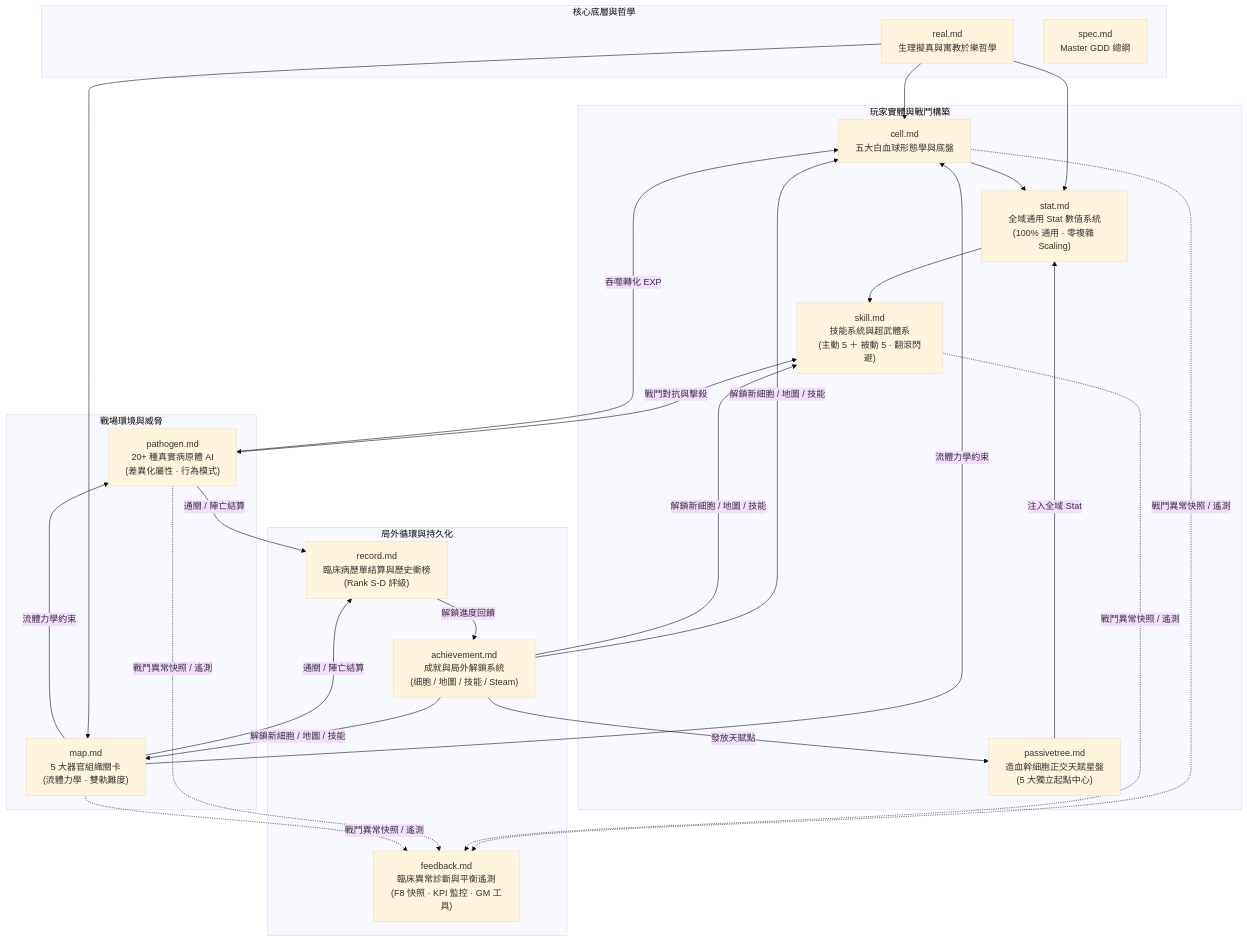
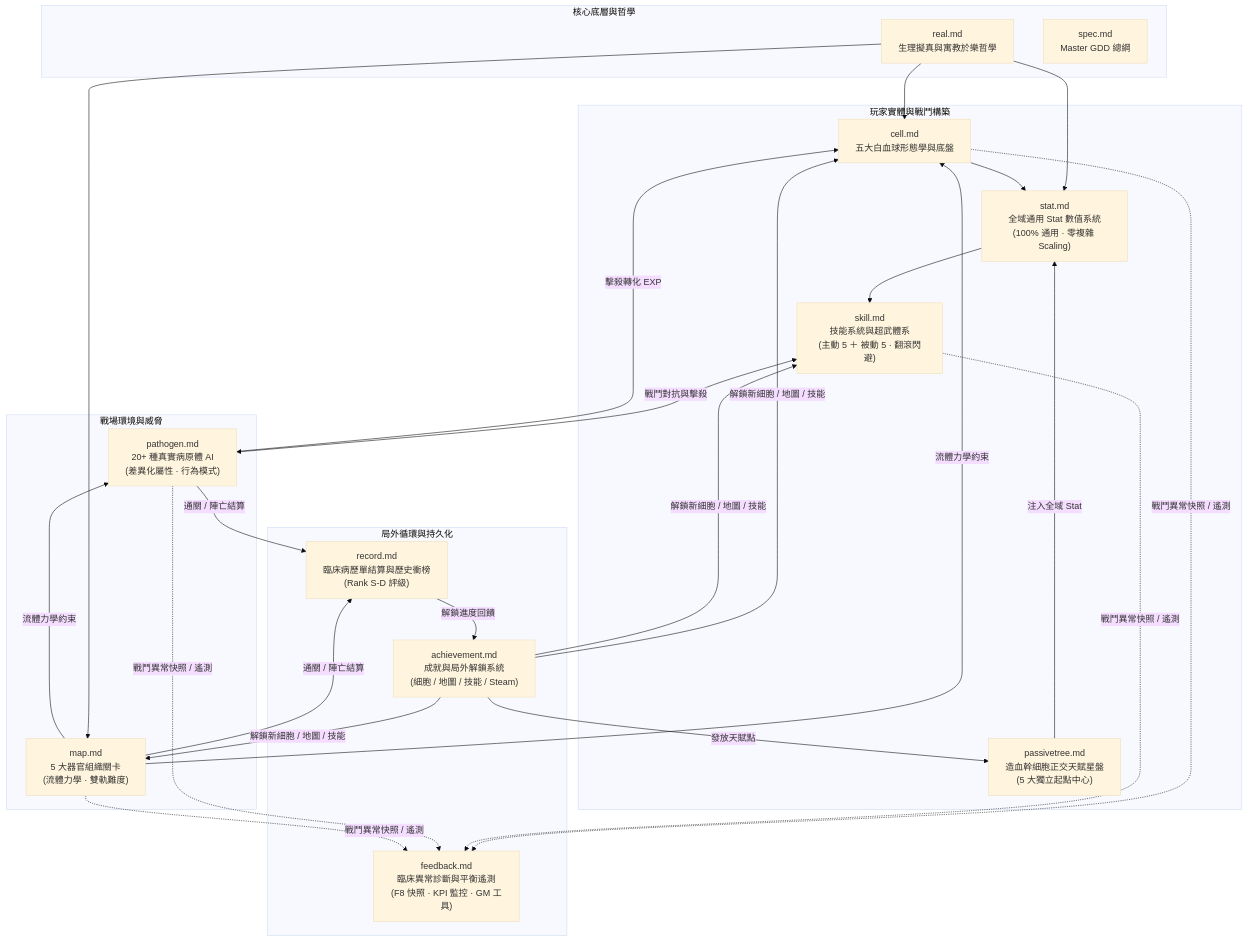
The diagram in docs/README.md (skyrocket-qy/Phagocyte), drawn with Mermaid (base theme) before and after one commit. The commit also changed other lines of this file and 83 other files, not shown here.

````diff
--- a/docs/README.md
+++ b/docs/README.md
@@ -34,38 +34,38 @@
 ```mermaid
 graph TD
     subgraph CorePillars [核心底層與哲學]
         PHIL["real.md<br>生理擬真與寓教於樂哲學"]
         SPEC["spec.md<br>Master GDD 總綱"]
     end
 
     subgraph PlayerSystems [玩家實體與戰鬥構築]
         CELL["cell.md<br>五大白血球形態學與底盤"]
         STAT["stat.md<br>全域通用 Stat 數值系統<br>(100% 通用 · 零複雜 Scaling)"]
          SKILL["skill.md<br>技能系統與超武體系<br>(主動 5 ＋ 被動 5 · 翻滾閃避)"]
         TREE["passivetree.md<br>造血幹細胞正交天賦星盤<br>(5 大獨立起點中心)"]
     end
 
     subgraph WorldSystems [戰場環境與威脅]
         MAP["map.md<br>5 大器官組織關卡<br>(流體力學 · 雙軌難度)"]
         PATH["pathogen.md<br>20+ 種真實病原體 AI<br>(差異化屬性 · 行為模式)"]
     end
 
     subgraph MetaSystems [局外循環與持久化]
         ACH["achievement.md<br>成就與局外解鎖系統<br>(細胞 / 地圖 / 技能 / Steam)"]
         REC["record.md<br>臨床病歷單結算與歷史衝榜<br>(Rank S-D 評級)"]
         DIAG["feedback.md<br>臨床異常診斷與平衡遙測<br>(F8 快照 · KPI 監控 · GM 工具)"]
     end
 
     PHIL --> CELL & STAT & MAP
     CELL --> STAT
     TREE -->|注入全域 Stat| STAT
     STAT --> SKILL
     SKILL <-->|戰鬥對抗與擊殺| PATH
     MAP -->|流體力學約束| CELL & PATH
-    PATH -->|吞噬轉化 EXP| CELL
+    PATH -->|擊殺轉化 EXP| CELL
     PATH & MAP -->|通關 / 陣亡結算| REC
     REC -->|解鎖進度回饋| ACH
     ACH -->|發放天賦點| TREE
     ACH -->|解鎖新細胞 / 地圖 / 技能| CELL & MAP & SKILL
     CELL & SKILL & PATH & MAP -.->|戰鬥異常快照 / 遙測| DIAG
 ```
````
